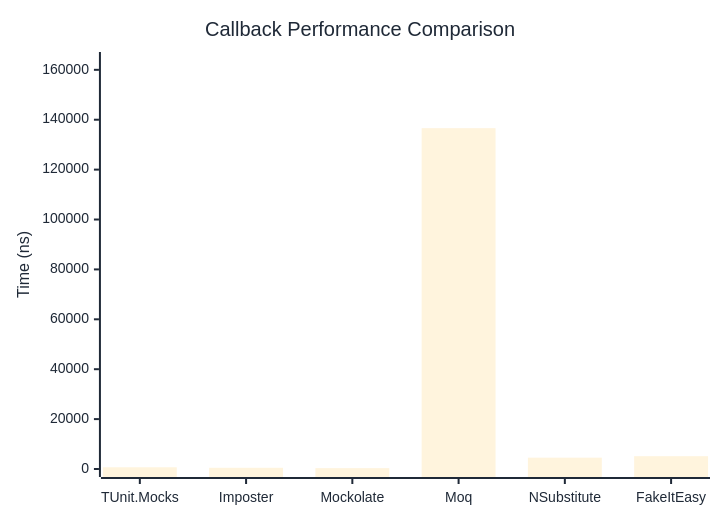
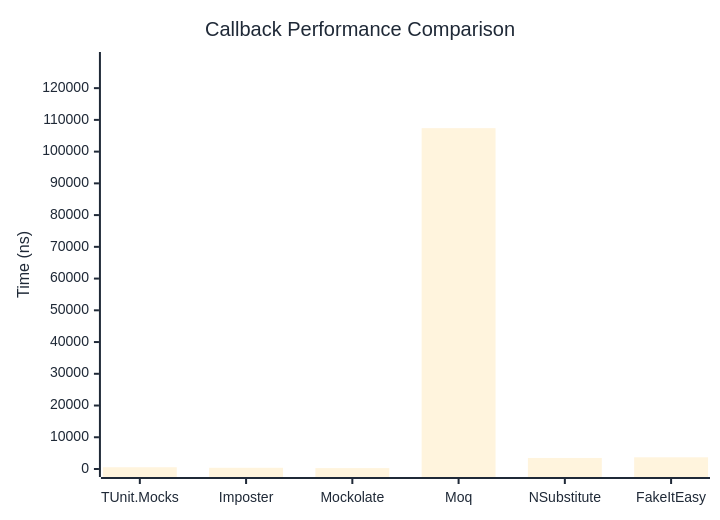
One commit to thomhurst/TUnit changed the first of 2 diagrams in docs/docs/benchmarks/mocks/Callback.md. Above: the diagram before and after it, drawn with Mermaid. The commit also changed other lines of this file and 14 other files, not shown here.

````diff
--- a/docs/docs/benchmarks/mocks/Callback.md
+++ b/docs/docs/benchmarks/mocks/Callback.md
@@ -30,27 +30,27 @@
 ```mermaid
 %%{init: {
   'theme':'base',
   'themeVariables': {
     'primaryColor': '#2563eb',
     'primaryTextColor': '#1f2937',
     'primaryBorderColor': '#1e40af',
     'lineColor': '#6b7280',
     'secondaryColor': '#7c3aed',
     'tertiaryColor': '#dc2626',
     'background': '#ffffff',
     'pie1': '#2563eb',
     'pie2': '#7c3aed',
     'pie3': '#dc2626',
     'pie4': '#f59e0b',
     'pie5': '#10b981',
     'pie6': '#06b6d4',
     'pie7': '#ec4899',
     'pie8': '#6366f1'
   }
 }}%%
 xychart-beta
   title "Callback Performance Comparison"
   x-axis ["TUnit.Mocks", "Imposter", "Mockolate", "Moq", "NSubstitute", "FakeItEasy"]
-  y-axis "Time (ns)" 0 --> 163936
-  bar [686.6, 489.2, 345.9, 136612.6, 4544, 5134]
+  y-axis "Time (ns)" 0 --> 128868
+  bar [555.2, 384.1, 280.2, 107389.9, 3478.1, 3680.7]
 ```
````
